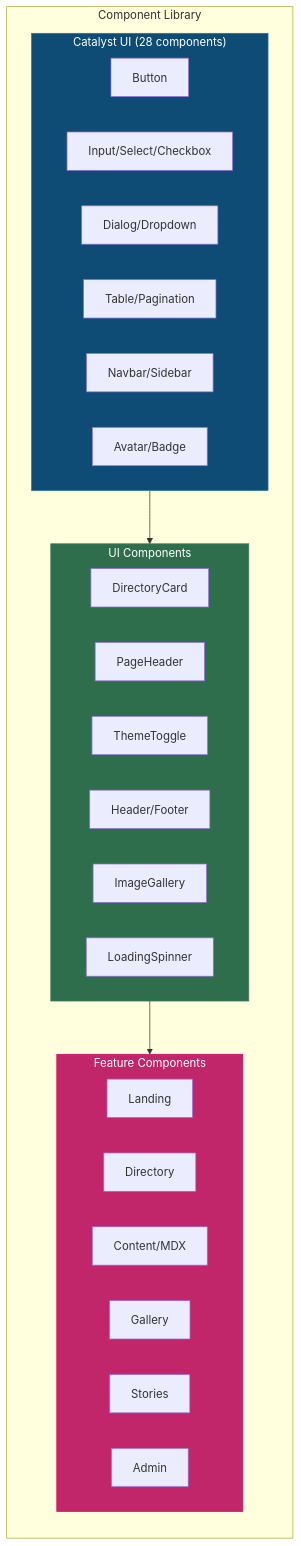
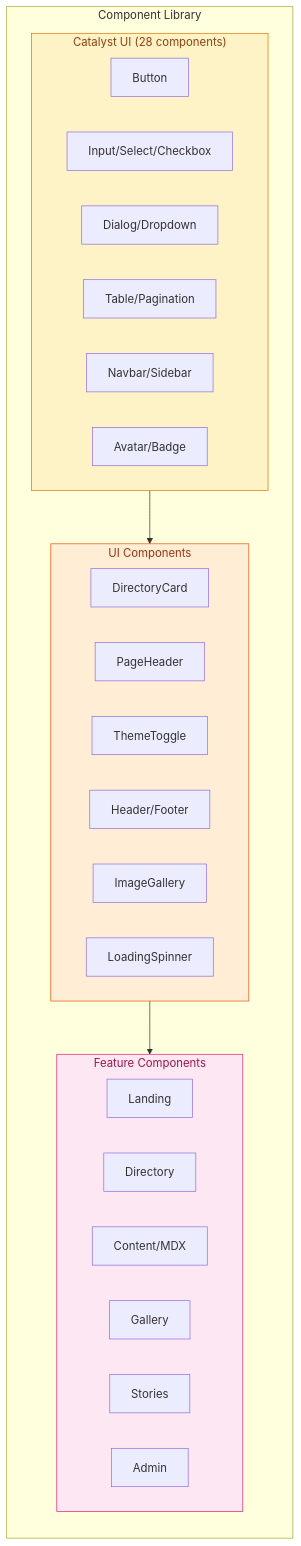
Before and after one commit to deznode/nosilha: the diagram in docs/design-system.md, drawn with Mermaid. The commit also changed 8 other files, not shown here.

````diff
--- a/docs/design-system.md
+++ b/docs/design-system.md
@@ -7,39 +7,39 @@
 ```mermaid
 graph TB
     subgraph "Component Library"
         direction TB
 
         subgraph catalyst["Catalyst UI (28 components)"]
-            style catalyst fill:#0e4c75,stroke:#2a769e,color:#fff
+            style catalyst fill:#fef3c7,stroke:#d97706,color:#92400e
             C1[Button]
             C2[Input/Select/Checkbox]
             C3[Dialog/Dropdown]
             C4[Table/Pagination]
             C5[Navbar/Sidebar]
             C6[Avatar/Badge]
         end
 
         subgraph ui["UI Components"]
-            style ui fill:#2f6e4d,stroke:#3E7D5A,color:#fff
+            style ui fill:#ffedd5,stroke:#ea580c,color:#9a3412
             U1[DirectoryCard]
             U2[PageHeader]
             U3[ThemeToggle]
             U4[Header/Footer]
             U5[ImageGallery]
             U6[LoadingSpinner]
         end
 
         subgraph features["Feature Components"]
-            style features fill:#c02669,stroke:#D90368,color:#fff
+            style features fill:#fce7f3,stroke:#db2777,color:#9d174d
             F1[Landing]
             F2[Directory]
             F3[Content/MDX]
             F4[Gallery]
             F5[Stories]
             F6[Admin]
         end
     end
 
     catalyst --> ui
     ui --> features
 ```
````
